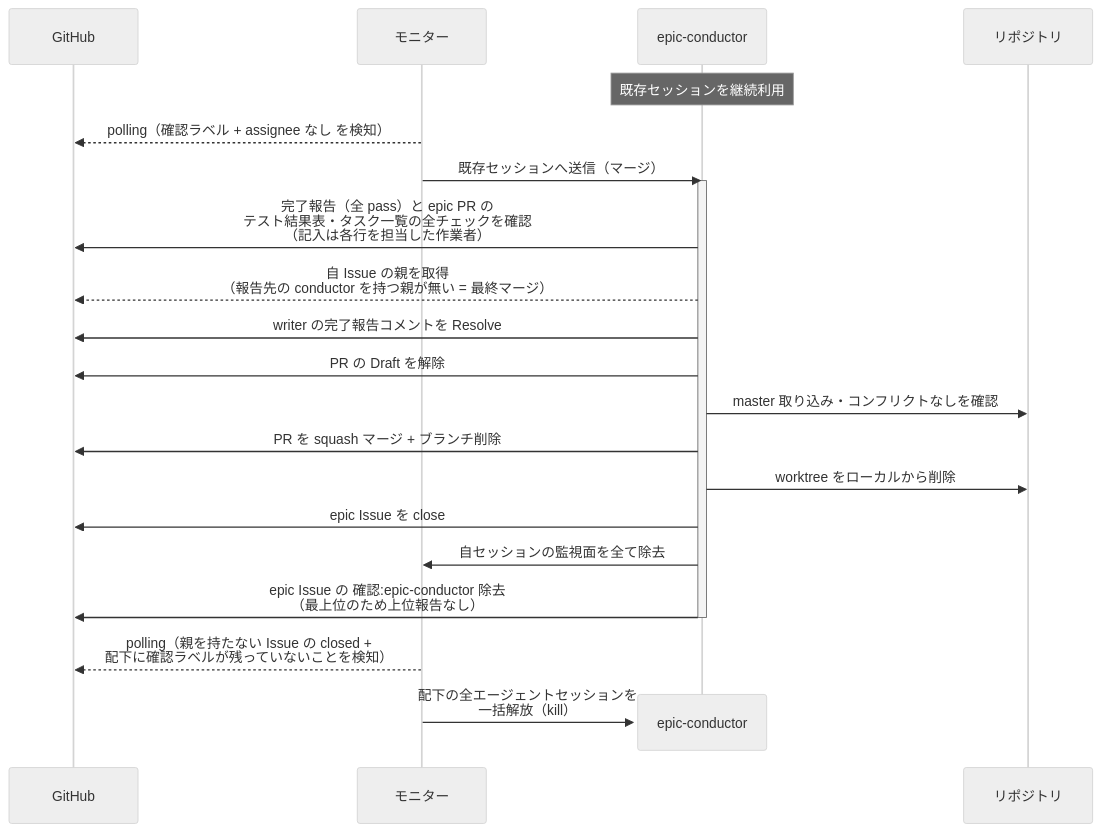
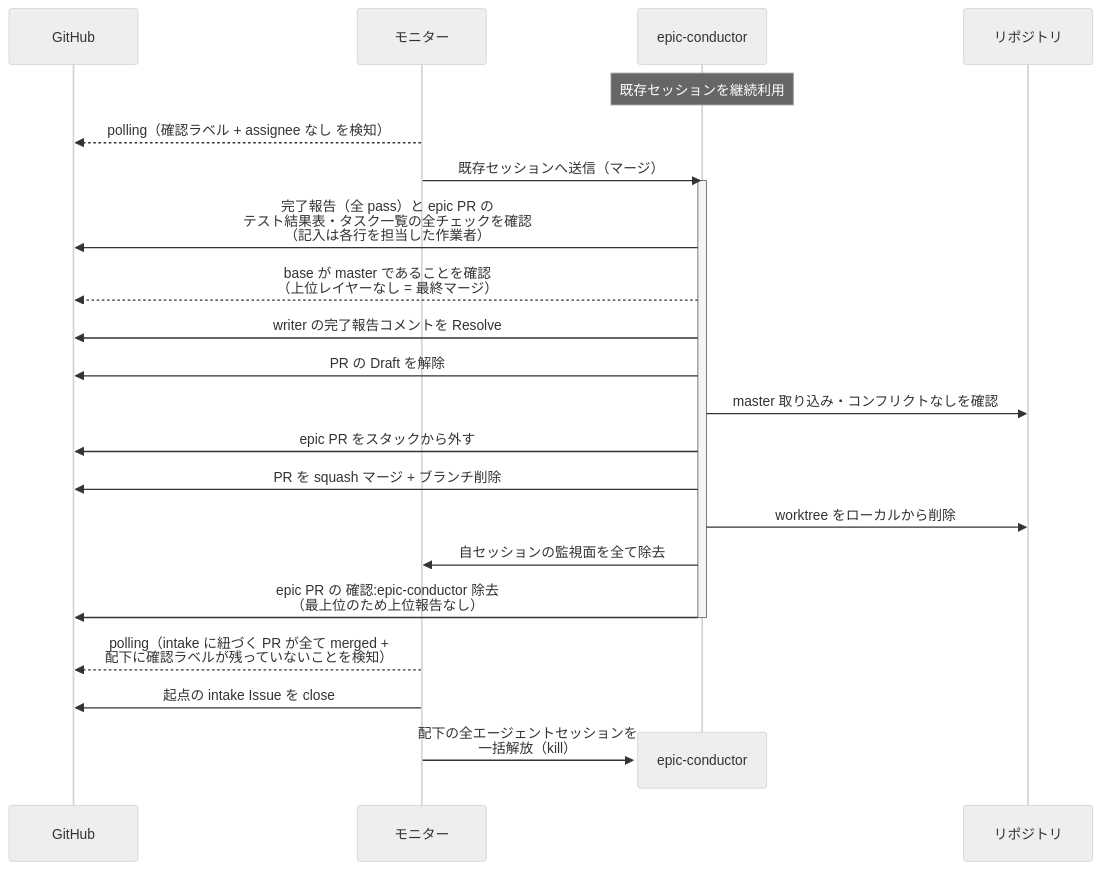
One commit to shuhei1101/ai-monitor changed the fourth of 7 diagrams in docs/wiki/設計図/シナリオ/単一ユースケース/マージ.md. Above: the diagram before and after it, drawn with Mermaid (neutral theme). The commit also changed other lines of this file and 256 other files, not shown here.

````diff
--- a/docs/wiki/設計図/シナリオ/単一ユースケース/マージ.md
+++ b/docs/wiki/設計図/シナリオ/単一ユースケース/マージ.md
@@ -124,26 +168,27 @@
 ```mermaid
 sequenceDiagram
   participant GH as GitHub
   participant ORC as モニター
   participant MON as epic-conductor
   participant REPO as リポジトリ
 
   Note over MON: 既存セッションを継続利用
   ORC-->>GH: polling（確認ラベル + assignee なし を検知）
   ORC->>MON: 既存セッションへ送信（マージ）
   activate MON
   MON->>GH: 完了報告（全 pass）と epic PR の<br>テスト結果表・タスク一覧の全チェックを確認<br>（記入は各行を担当した作業者）
-  MON-->>GH: 自 Issue の親を取得<br>（報告先の conductor を持つ親が無い = 最終マージ）
+  MON-->>GH: base が master であることを確認<br>（上位レイヤーなし = 最終マージ）
   MON->>GH: writer の完了報告コメントを Resolve
   MON->>GH: PR の Draft を解除
   MON->>REPO: master 取り込み・コンフリクトなしを確認
+  MON->>GH: epic PR をスタックから外す
   MON->>GH: PR を squash マージ + ブランチ削除
   MON->>REPO: worktree をローカルから削除
-  MON->>GH: epic Issue を close
   MON->>ORC: 自セッションの監視面を全て除去
-  MON->>GH: epic Issue の 確認:epic-conductor 除去<br>（最上位のため上位報告なし）
+  MON->>GH: epic PR の 確認:epic-conductor 除去<br>（最上位のため上位報告なし）
   deactivate MON
-  ORC-->>GH: polling（親を持たない Issue の closed +<br>配下に確認ラベルが残っていないことを検知）
+  ORC-->>GH: polling（intake に紐づく PR が全て merged +<br>配下に確認ラベルが残っていないことを検知）
+  ORC->>GH: 起点の intake Issue を close
   destroy MON
   ORC->>MON: 配下の全エージェントセッションを<br>一括解放（kill）
 ```
````
